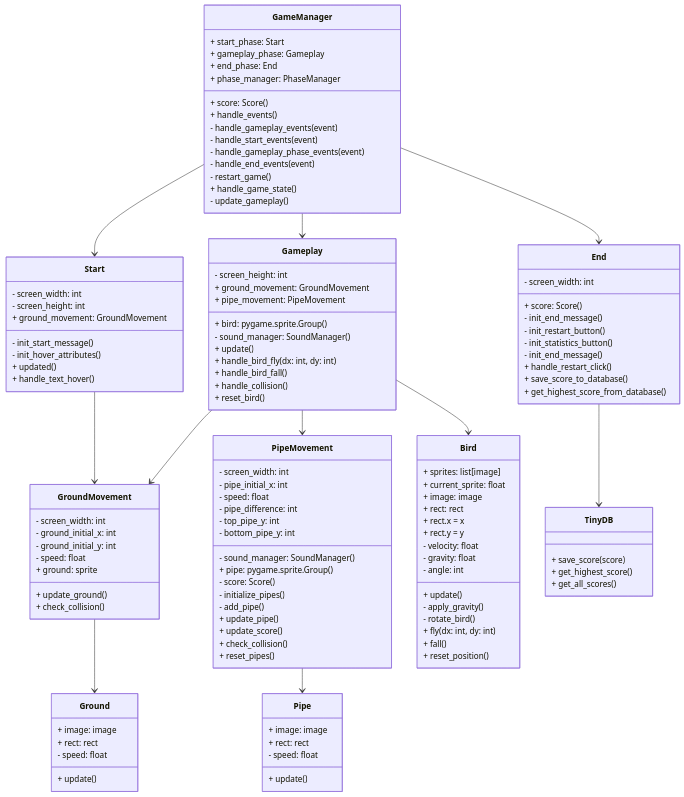
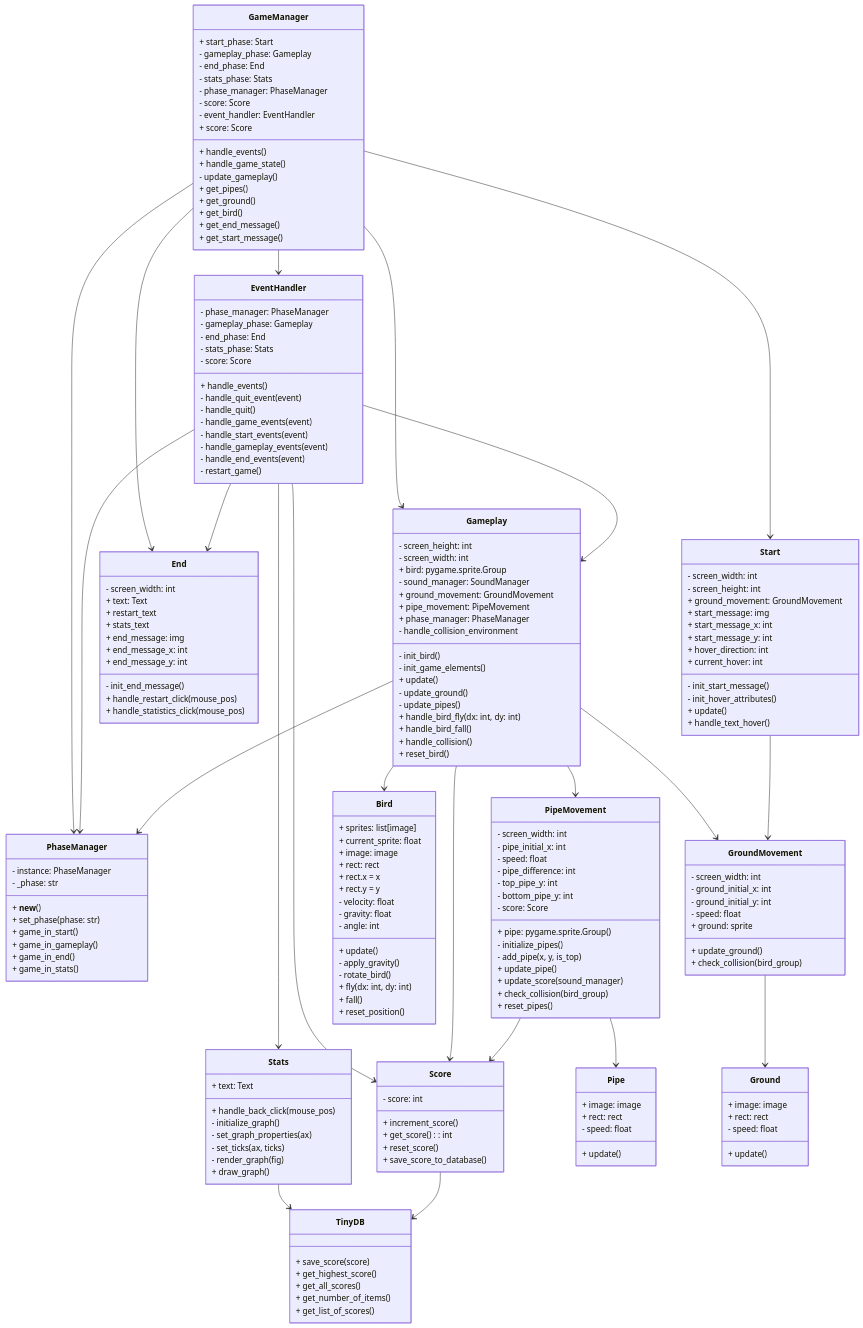
One commit to LerkkaP/flappy-bird changed the first of 2 diagrams in dokumentaatio/arkkitehtuuri.md. Above: the diagram before and after it, drawn with Mermaid. The commit also changed other lines of this file and 12 other files, not shown here.

Commit message:
Update class diagram

````diff
--- a/dokumentaatio/arkkitehtuuri.md
+++ b/dokumentaatio/arkkitehtuuri.md
@@ -7,72 +7,139 @@
     GameManager --> Start
     GameManager --> Gameplay
     GameManager --> End
+    GameManager --> EventHandler
+    GameManager --> PhaseManager
 
+    EventHandler --> Gameplay
+    EventHandler --> End
+    EventHandler --> Stats
+    EventHandler --> PhaseManager
+    EventHandler --> Score
+    
     Gameplay --> GroundMovement
     Gameplay --> PipeMovement
     Gameplay --> Bird
+    Gameplay --> PhaseManager
+    Gameplay --> Score
+
     Start --> GroundMovement
+    Stats --> TinyDB
 
     PipeMovement --> Pipe
+    PipeMovement --> Score
+
     GroundMovement --> Ground
 
-    End --> TinyDB
+    Score --> TinyDB
 
     class GameManager {
         + start_phase: Start
-        + gameplay_phase: Gameplay
-        + end_phase: End
-        + phase_manager: PhaseManager
-        + score: Score()
+        - gameplay_phase: Gameplay
+        - end_phase: End
+        - stats_phase: Stats
+        - phase_manager: PhaseManager
+        - score: Score
+        - event_handler: EventHandler
+        + score: Score
         + handle_events()
+        + handle_game_state()
+        - update_gameplay()
+        + get_pipes()
+        + get_ground()
+        + get_bird()
+        + get_end_message()
+        + get_start_message()
+    }
+
+    class EventHandler {
+        - phase_manager: PhaseManager
+        - gameplay_phase: Gameplay
+        - end_phase: End
+        - stats_phase: Stats
+        - score: Score
+        + handle_events()
+        - handle_quit_event(event)
+        - handle_quit()
+        - handle_game_events(event)
+        - handle_start_events(event)
         - handle_gameplay_events(event)
-        - handle_start_events(event)
-        - handle_gameplay_phase_events(event)
         - handle_end_events(event)
         - restart_game()
-        + handle_game_state()
-        - update_gameplay()
+    }
+
+    class PhaseManager {
+        - instance: PhaseManager
+        - _phase: str
+        + __new__()
+        + set_phase(phase: str)
+        + game_in_start()
+        + game_in_gameplay()
+        + game_in_end()
+        + game_in_stats()
     }
 
     class Start {
         - screen_width: int
         - screen_height: int
         + ground_movement: GroundMovement
+        + start_message: img
+        + start_message_x: int
+        + start_message_y: int
+        + hover_direction: int
+        + current_hover: int
         - init_start_message()
         - init_hover_attributes()
-        + updated()
+        + update()
         + handle_text_hover()
     }
 
     class Gameplay {
         - screen_height: int
-        + bird: pygame.sprite.Group()
-        - sound_manager: SoundManager()
+        - screen_width: int
+        + bird: pygame.sprite.Group
+        - sound_manager: SoundManager
         + ground_movement: GroundMovement
         + pipe_movement: PipeMovement
+        + phase_manager: PhaseManager
+        - init_bird()
+        - init_game_elements()
         + update()
+        - update_ground()
+        - update_pipes()
         + handle_bird_fly(dx: int, dy: int)
         + handle_bird_fall()
         + handle_collision()
+        - handle_collision_environment
         + reset_bird()
     }
 
     class End {
         - screen_width: int
-        + score: Score()
+        + text: Text
+        + restart_text
+        + stats_text
+        + end_message: img
+        + end_message_x: int
+        + end_message_y: int
         - init_end_message()
-        - init_restart_button()
-        - init_statistics_button()
-        - init_end_message()
-        + handle_restart_click()
-        + save_score_to_database()
-        + get_highest_score_from_database()
+        + handle_restart_click(mouse_pos)
+        + handle_statistics_click(mouse_pos)
     }
 
     class TinyDB {
         + save_score(score)
         + get_highest_score()
         + get_all_scores()
+        + get_number_of_items()
+        + get_list_of_scores()      
+    }
+
+    class Score {
+        - score: int
+        + increment_score()
+        + get_score(): int
+        + reset_score()
+        + save_score_to_database()
     }
 
     class GroundMovement {
@@ -82,7 +149,7 @@
         - speed: float
         + ground: sprite
         + update_ground()
-        + check_collision()
+        + check_collision(bird_group)
     }
 
     class PipeMovement {
@@ -92,14 +159,13 @@
         - pipe_difference: int
         - top_pipe_y: int
         - bottom_pipe_y: int
-        - sound_manager: SoundManager()
         + pipe: pygame.sprite.Group()
-        - score: Score()
+        - score: Score
         - initialize_pipes()
-        - add_pipe()
+        - add_pipe(x, y, is_top)
         + update_pipe()
-        + update_score()
-        + check_collision()
+        + update_score(sound_manager)
+        + check_collision(bird_group)
         + reset_pipes()
     }
 
@@ -136,4 +202,14 @@
 
     }
 
+    class Stats {
+        + text: Text
+        + handle_back_click(mouse_pos)
+        - initialize_graph()
+        - set_graph_properties(ax)
+        - set_ticks(ax, ticks)
+        - render_graph(fig)
+        + draw_graph()
+    }
+
 ```
````
